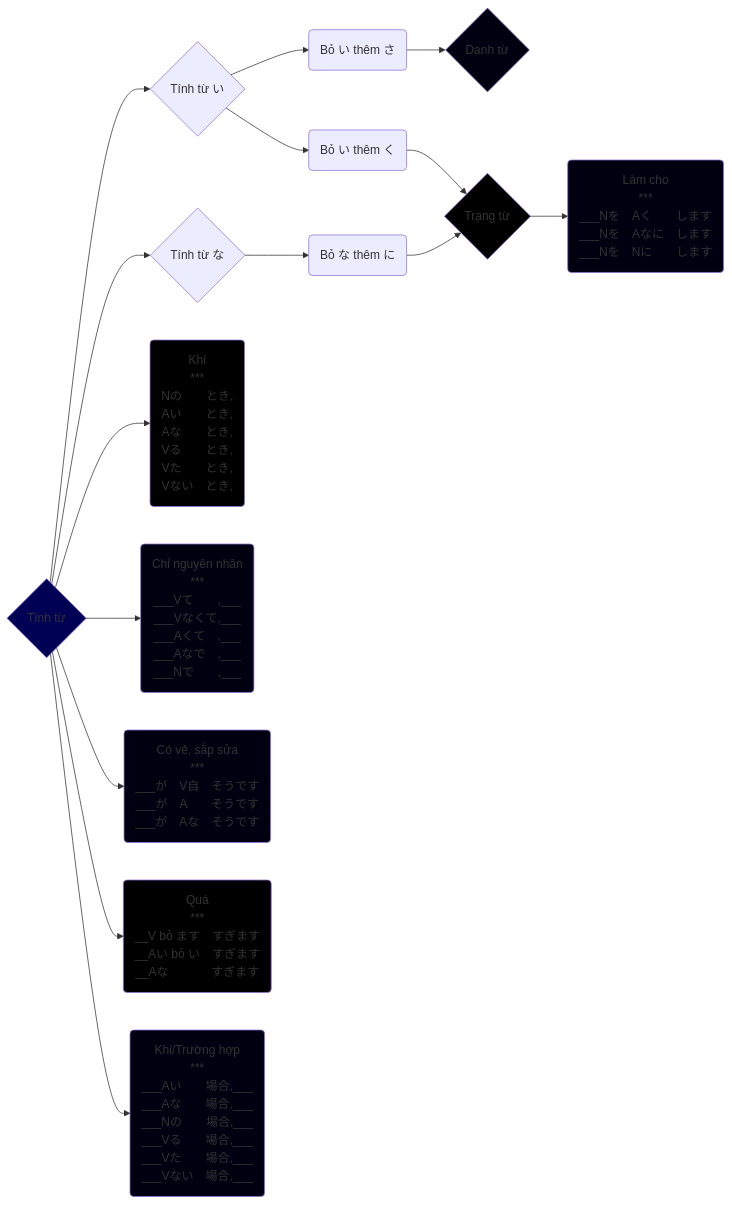
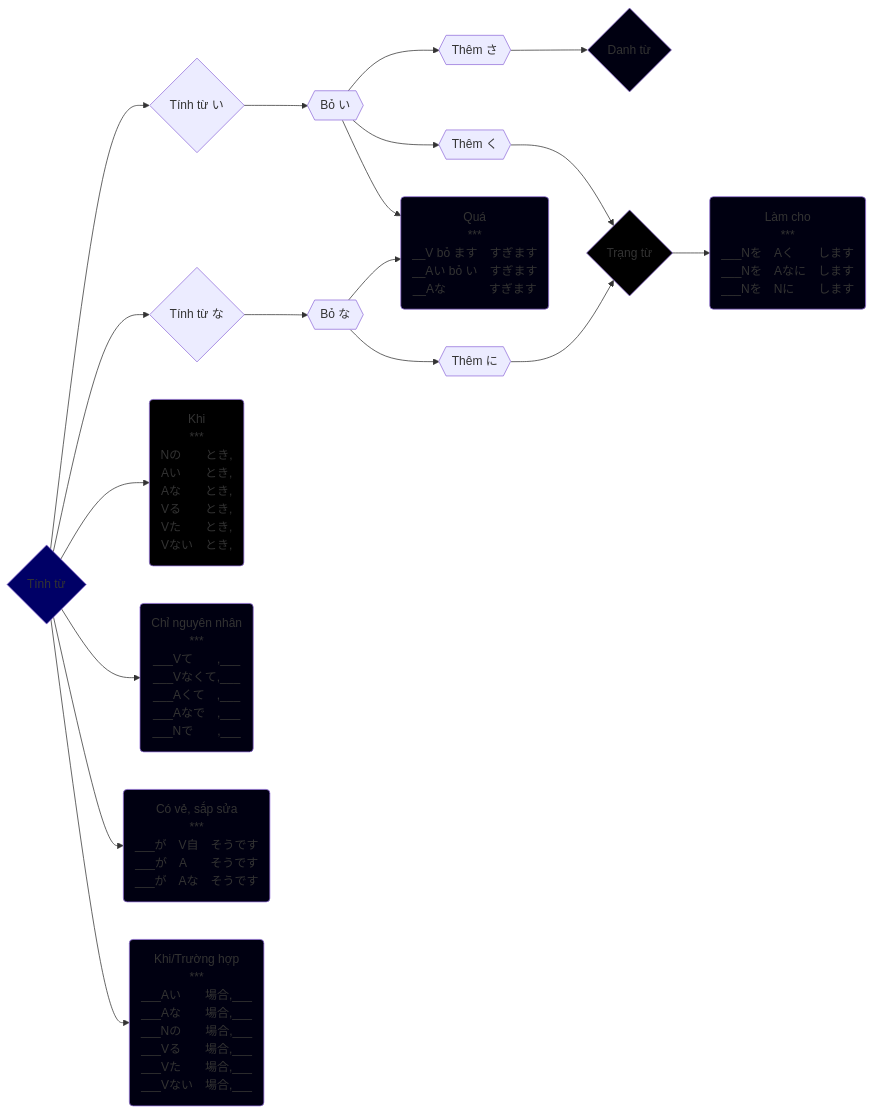
Before and after one commit to tea1504/learn: the diagram in Tinh_Tu_graph.md, drawn with Mermaid. The commit also changed 10 other files, not shown here.

````diff
--- a/Tinh_Tu_graph.md
+++ b/Tinh_Tu_graph.md
@@ -1,28 +1,30 @@
 ```mermaid
 graph LR;
     A{Tính từ}
 
     A-->Ai{Tính từ い}
     A-->Ana{Tính từ な}
 
-    Ai-->AiN(Bỏ い thêm さ)-->N{Danh từ}
-    Ai-->AiA(Bỏ い thêm く)-->Adv{Trạng từ}
-    Ana-->AnaA(Bỏ な thêm に)-->Adv{Trạng từ}
+    Ai-->boI{{Bỏ い}}-->themSa{{Thêm さ}}-->N{Danh từ}
+    boI-->themKu{{Thêm く}}-->Adv{Trạng từ}
     A-->khi(Khi\n***\nNの　　とき,\nAい　　とき,\nAな　　とき,\nVる　　とき,\nVた　　とき,\nVない　とき,)
     A-->chiNguyenNhan(Chỉ nguyên nhân\n***\n___Vて　　,___\n___Vなくて,___\n___Aくて　,___\n___Aなで　,___\n___Nで　　,___)
     A-->coVeSapSua(Có vẻ, sắp sửa\n***\n___が　V自　そうです\n___が　A　　そうです\n___が　Aな　そうです)
-    A-->qua(Quá\n***\n__V bỏ ます　すぎます\n__Aい bỏ い　すぎます\n__Aな 　　 　すぎます)
+    boI-->qua(Quá\n***\n__V bỏ ます　すぎます\n__Aい bỏ い　すぎます\n__Aな 　　 　すぎます)
+    Ana-->boNa{{Bỏ な}}
+    boNa-->qua
+    boNa-->themNi{{Thêm に}}-->Adv{Trạng từ}
     Adv-->lamCho(Làm cho\n***\n___Nを　Aく　　します\n___Nを　Aなに　します\n___Nを　Nに　　します)
     A-->truongHop(Khi/Trường hợp\n***\n___Aい　　場合,___\n___Aな　　場合,___\n___Nの　　場合,___\n___Vる　　場合,___\n___Vた　　場合,___\n___Vない　場合,___)
 
-    style A fill:#005
+    style A fill:#006
     style Adv fill:#000
     style chiNguyenNhan fill:#001
     style coVeSapSua fill:#000
     style coVeSapSua fill:#001
     style khi fill:#000
     style lamCho fill:#001
     style N fill:#001
-    style qua fill:#000
+    style qua fill:#001
     style truongHop fill:#001
 ```
````
